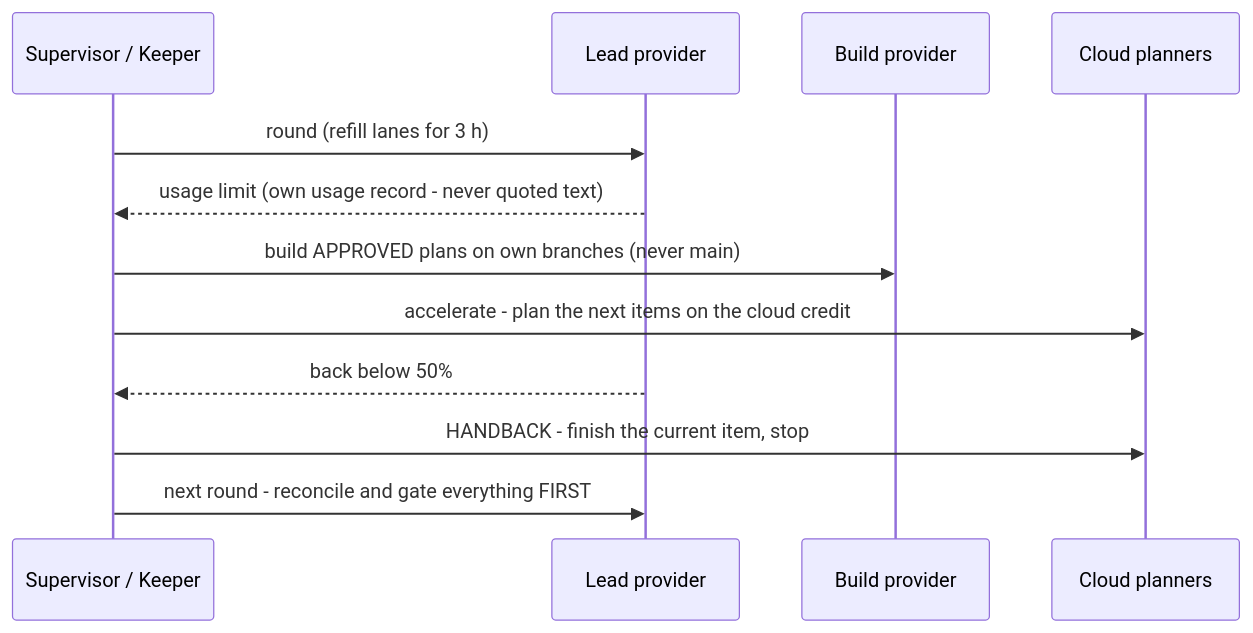
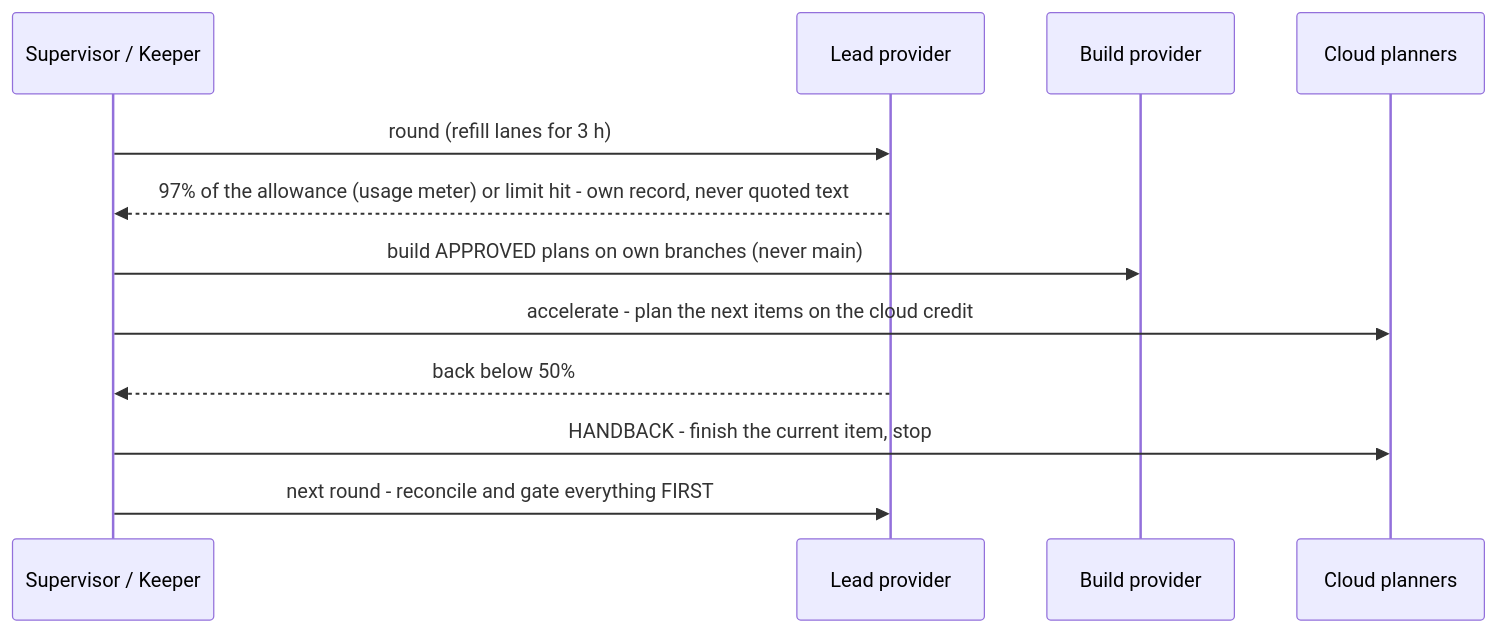
One commit to christian281150/AI-orchestrator_skill changed the second of 2 diagrams in README.md. Above: the diagram before and after it, drawn with Mermaid. The commit also changed other lines of this file and 9 other files, not shown here.

````diff
--- a/README.md
+++ b/README.md
@@ -146,14 +146,14 @@
 ```mermaid
 sequenceDiagram
     participant S as Supervisor / Keeper
     participant L as Lead provider
     participant B as Build provider
     participant C as Cloud planners
     S->>L: round (refill lanes for 3 h)
-    L-->>S: usage limit (own usage record - never quoted text)
+    L-->>S: 97% of the allowance (usage meter) or limit hit - own record, never quoted text
     S->>B: build APPROVED plans on own branches (never main)
     S->>C: accelerate - plan the next items on the cloud credit
     L-->>S: back below 50%
     S->>C: HANDBACK - finish the current item, stop
     S->>L: next round - reconcile and gate everything FIRST
 ```
````
